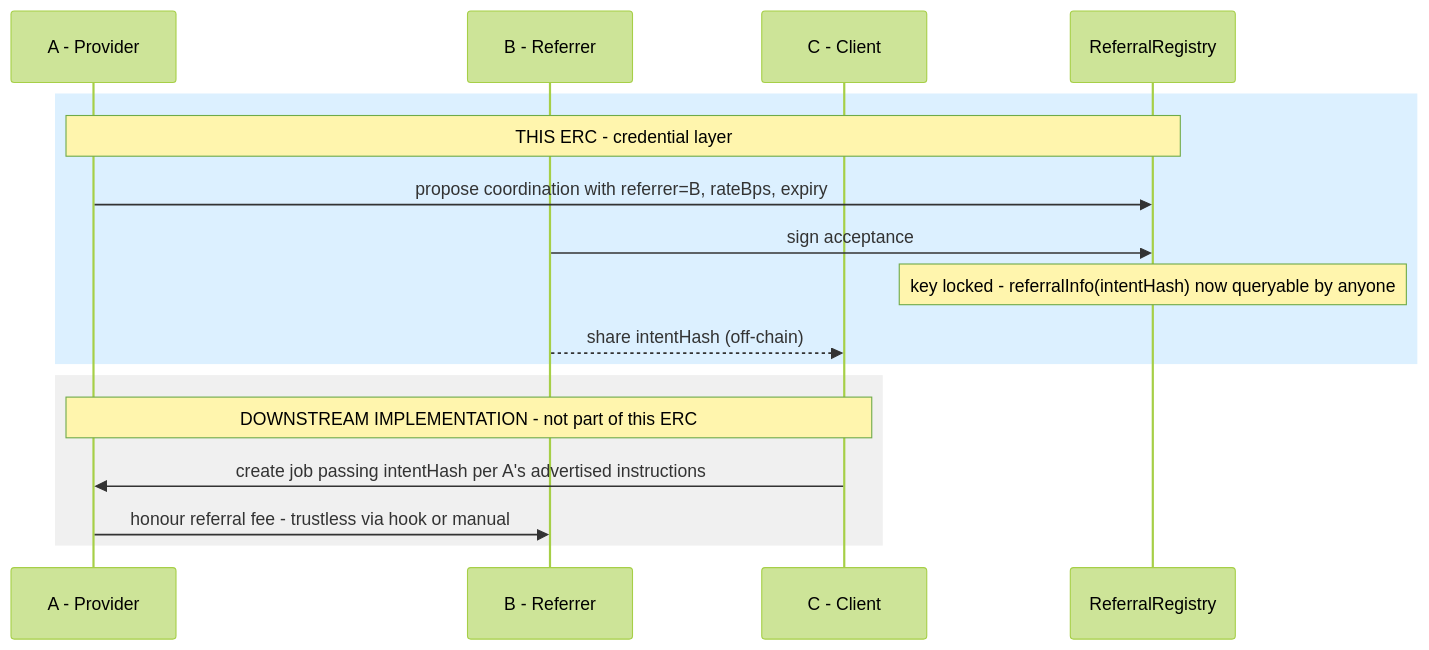
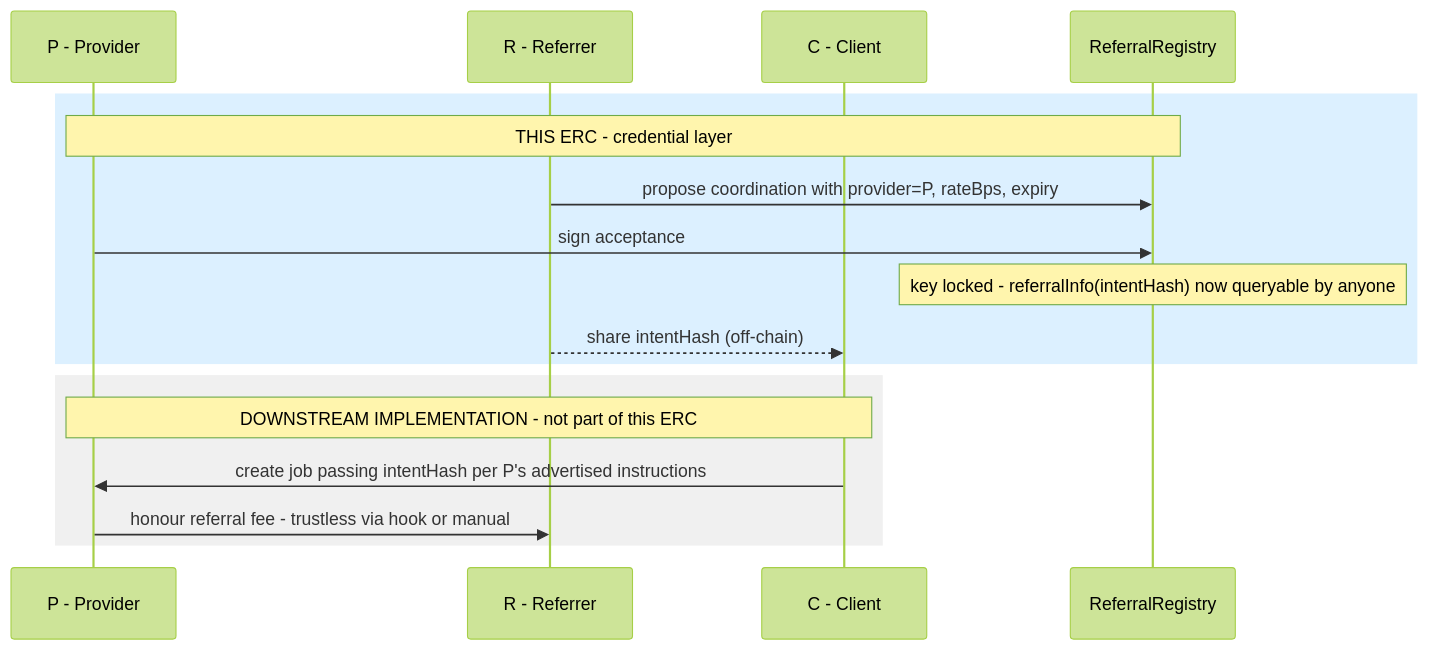
Before and after one commit to luca-nik/a2a-referral-erc: the diagram in README.md, drawn with Mermaid (forest theme). The commit also changed other lines of this file and 1 other file, not shown here.

Commit message:
Rename A→P, B→R; add key lifecycle section; R as default proposer

````diff
--- a/README.md
+++ b/README.md
@@ -41,24 +41,24 @@
 ```mermaid
 sequenceDiagram
-    participant A as A - Provider
-    participant B as B - Referrer
+    participant P as P - Provider
+    participant R as R - Referrer
     participant C as C - Client
     participant RC as ReferralRegistry
 
     rect rgb(220, 240, 255)
-        note over A,RC: THIS ERC - credential layer
+        note over P,RC: THIS ERC - credential layer
 
-        A->>RC: propose coordination with referrer=B, rateBps, expiry
-        B->>RC: sign acceptance
+        R->>RC: propose coordination with provider=P, rateBps, expiry
+        P->>RC: sign acceptance
         note over RC: key locked - referralInfo(intentHash) now queryable by anyone
 
-        B-->>C: share intentHash (off-chain)
+        R-->>C: share intentHash (off-chain)
     end
 
     rect rgb(240, 240, 240)
-        note over A,C: DOWNSTREAM IMPLEMENTATION - not part of this ERC
+        note over P,C: DOWNSTREAM IMPLEMENTATION - not part of this ERC
 
-        C->>A: create job passing intentHash per A's advertised instructions
-        A->>B: honour referral fee - trustless via hook or manual
+        C->>P: create job passing intentHash per P's advertised instructions
+        P->>R: honour referral fee - trustless via hook or manual
     end
 ```
````
